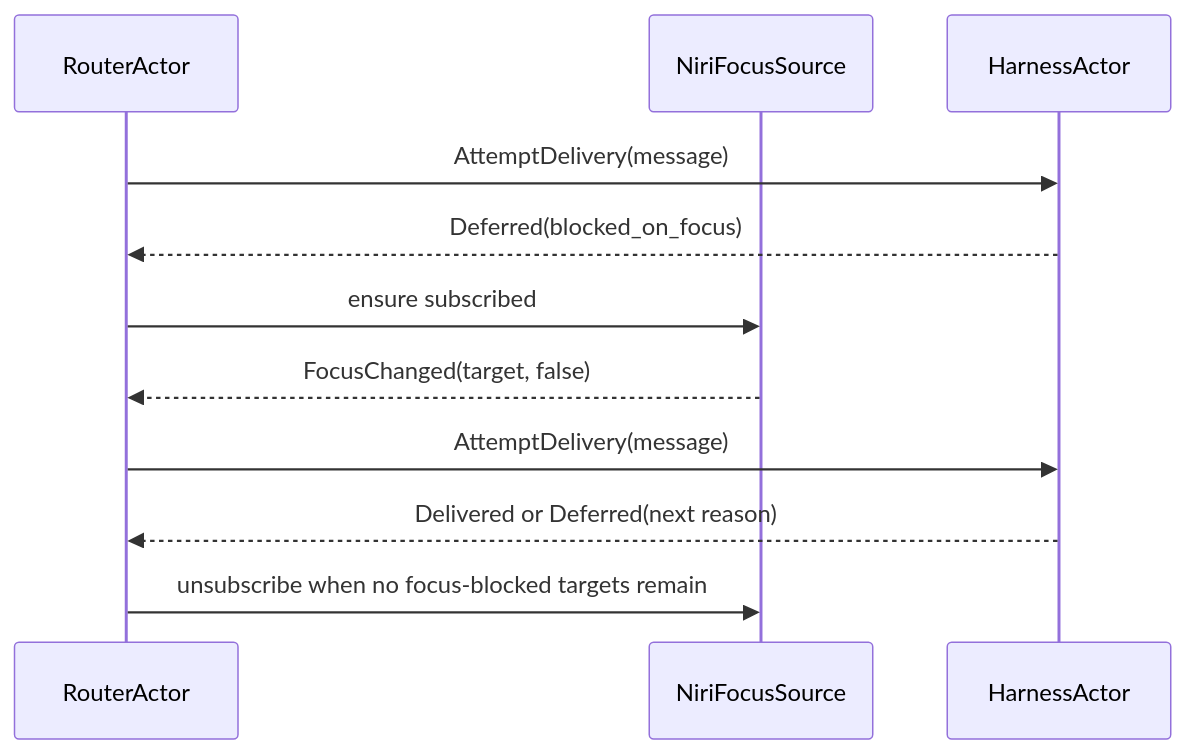
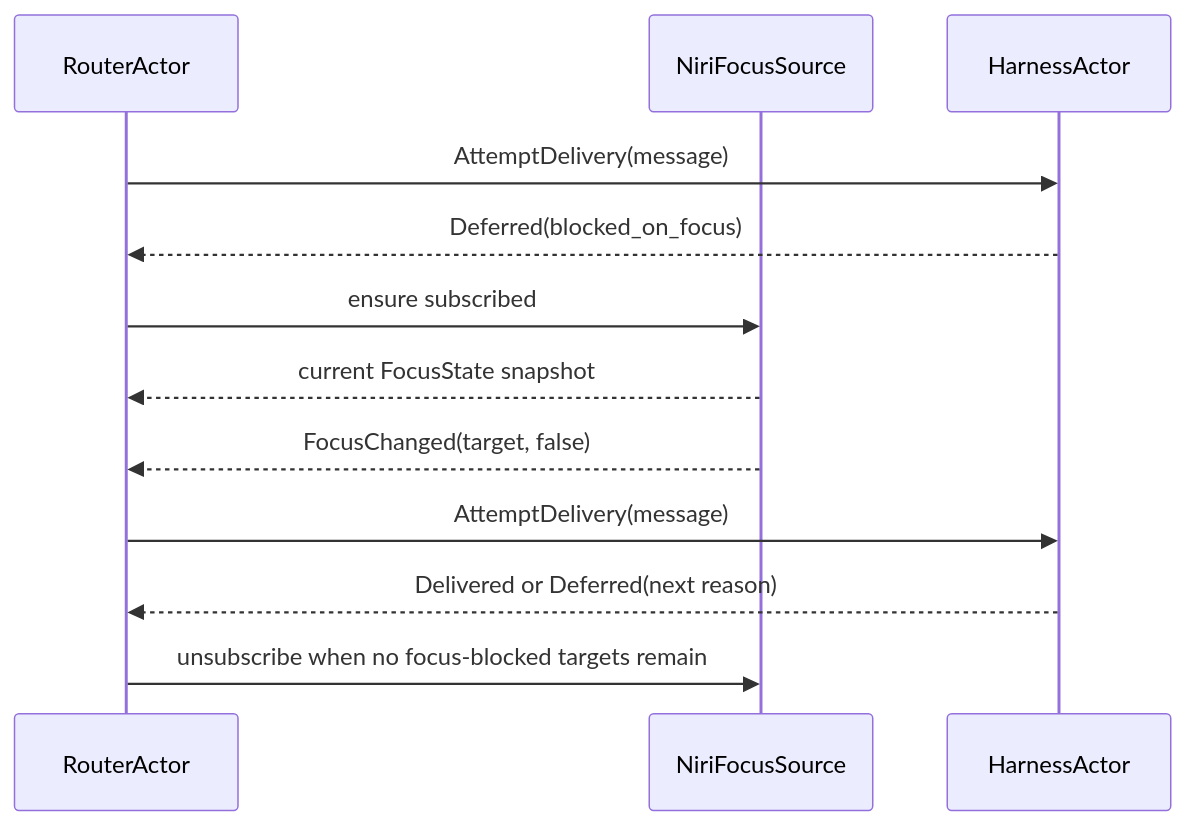
The ninth of 16 diagrams in reports/operator/9-persona-message-router-architecture.md (LiGoldragon/primary), drawn with Mermaid before and after one commit. The commit also changed other lines of this file and 1 other file, not shown here.

Commit message:
address Persona router architecture audit

````diff
--- a/reports/operator/9-persona-message-router-architecture.md
+++ b/reports/operator/9-persona-message-router-architecture.md
@@ -323,14 +348,15 @@
 ```mermaid
 sequenceDiagram
     participant R as RouterActor
     participant F as NiriFocusSource
     participant H as HarnessActor
 
     R->>H: AttemptDelivery(message)
     H-->>R: Deferred(blocked_on_focus)
     R->>F: ensure subscribed
+    F-->>R: current FocusState snapshot
     F-->>R: FocusChanged(target, false)
     R->>H: AttemptDelivery(message)
     H-->>R: Delivered or Deferred(next reason)
     R->>F: unsubscribe when no focus-blocked targets remain
 ```
````
